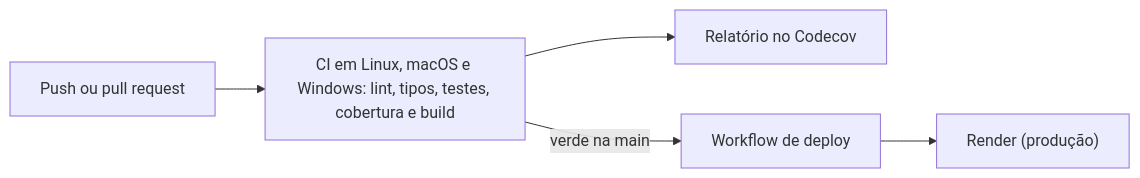
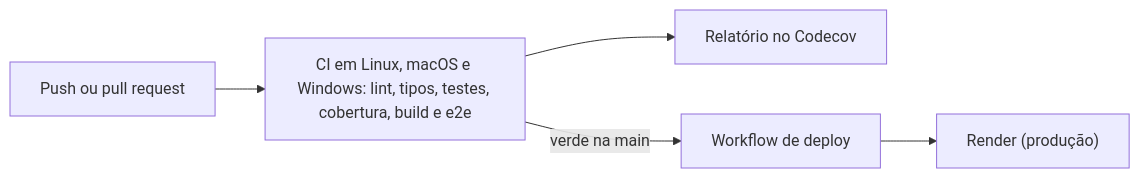
Before and after one commit to odannyraro/voto: the third of 5 diagrams in README.md, drawn with Mermaid. The commit also changed other lines of this file, not shown here.

Commit message:
docs: completa o README com os testes end-to-end e o link do CI

````diff
--- a/README.md
+++ b/README.md
@@ -121,7 +119,7 @@
 ```mermaid
 flowchart LR
-    P["Push ou pull request"] --> CI["CI em Linux, macOS e Windows: lint, tipos, testes, cobertura e build"]
+    P["Push ou pull request"] --> CI["CI em Linux, macOS e Windows: lint, tipos, testes, cobertura, build e e2e"]
     CI --> C["Relatório no Codecov"]
     CI -->|"verde na main"| DP["Workflow de deploy"]
     DP --> R["Render (produção)"]
 ```
````
